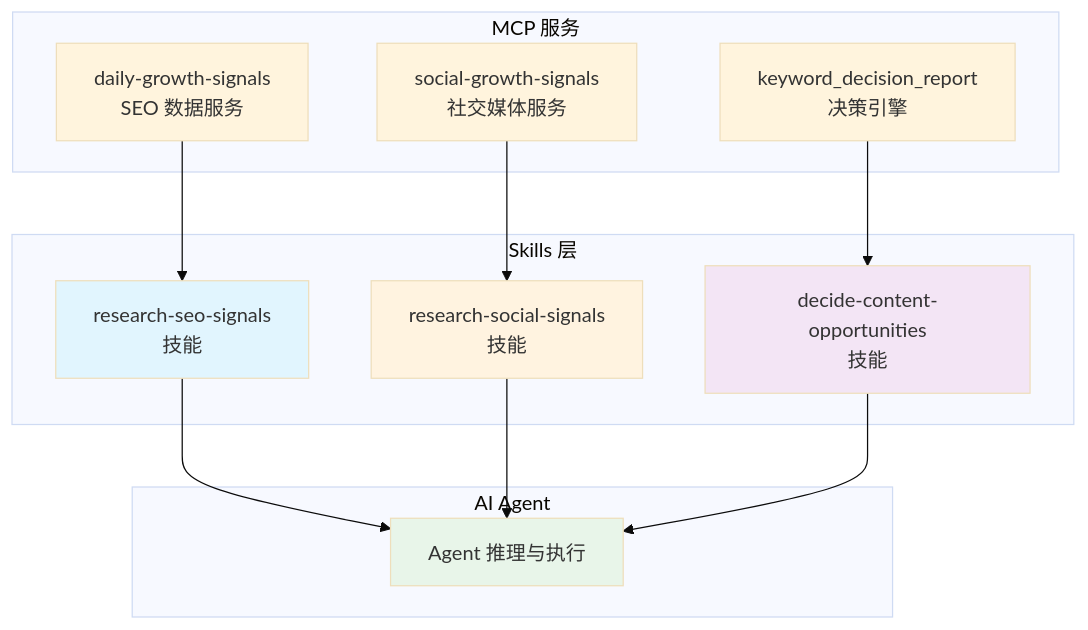
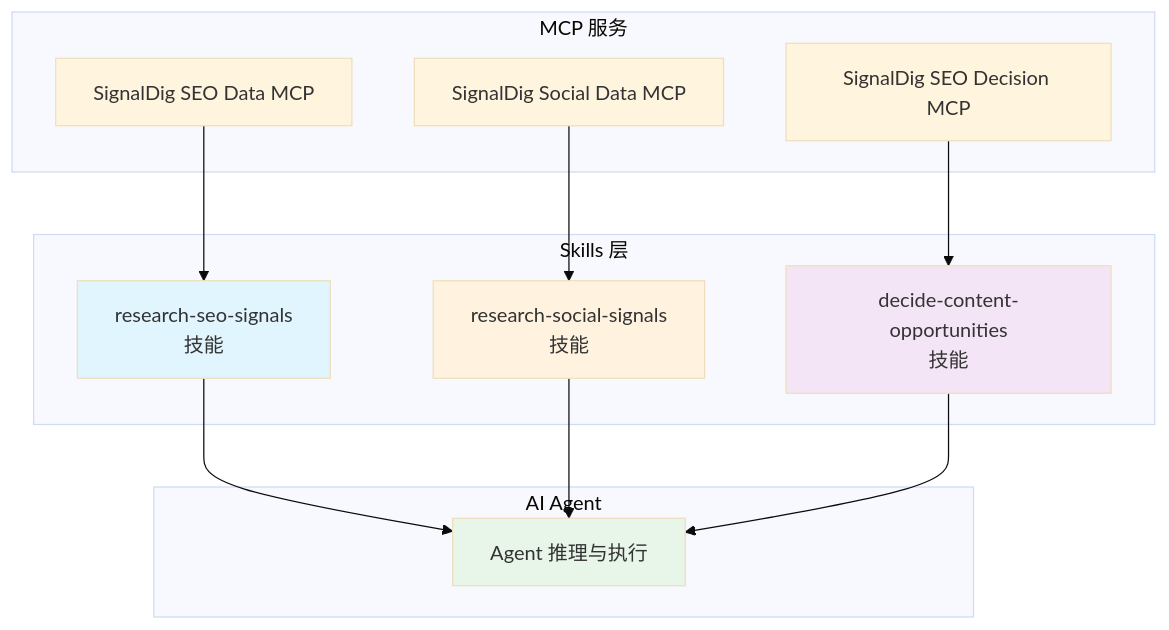
Before and after one commit to daily-growth-signals/seo-signal-skills: the diagram in skills/README-zh.md, drawn with Mermaid (base theme). The commit also changed other lines of this file and 21 other files, not shown here.

````diff
--- a/skills/README-zh.md
+++ b/skills/README-zh.md
@@ -169,31 +171,31 @@
 ```mermaid
 graph TB
     subgraph "MCP 服务"
-        A[daily-growth-signals<br/>SEO 数据服务]
-        B[social-growth-signals<br/>社交媒体服务]
-        C[keyword_decision_report<br/>决策引擎]
+        A[SignalDig SEO Data MCP]
+        B[SignalDig Social Data MCP]
+        C[SignalDig SEO Decision MCP]
     end
 
     subgraph "Skills 层"
         D[research-seo-signals<br/>技能]
         E[research-social-signals<br/>技能]
         F[decide-content-opportunities<br/>技能]
     end
 
     subgraph "AI Agent"
         G[Agent 推理与执行]
     end
 
     A --> D
     B --> E
     C --> F
 
     D --> G
     E --> G
     F --> G
 
     style D fill:#e1f5fe
     style E fill:#fff3e0
     style F fill:#f3e5f5
     style G fill:#e8f5e9
 ```
````
